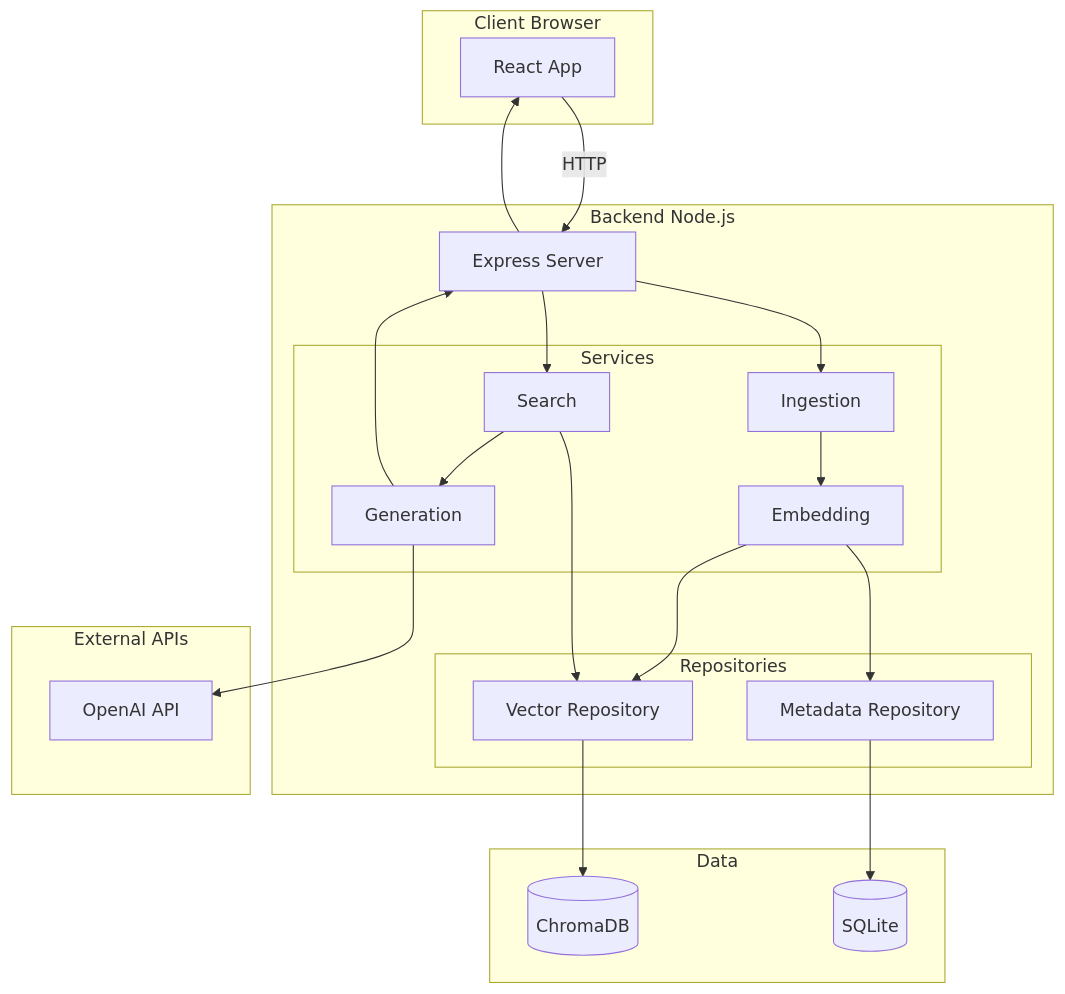
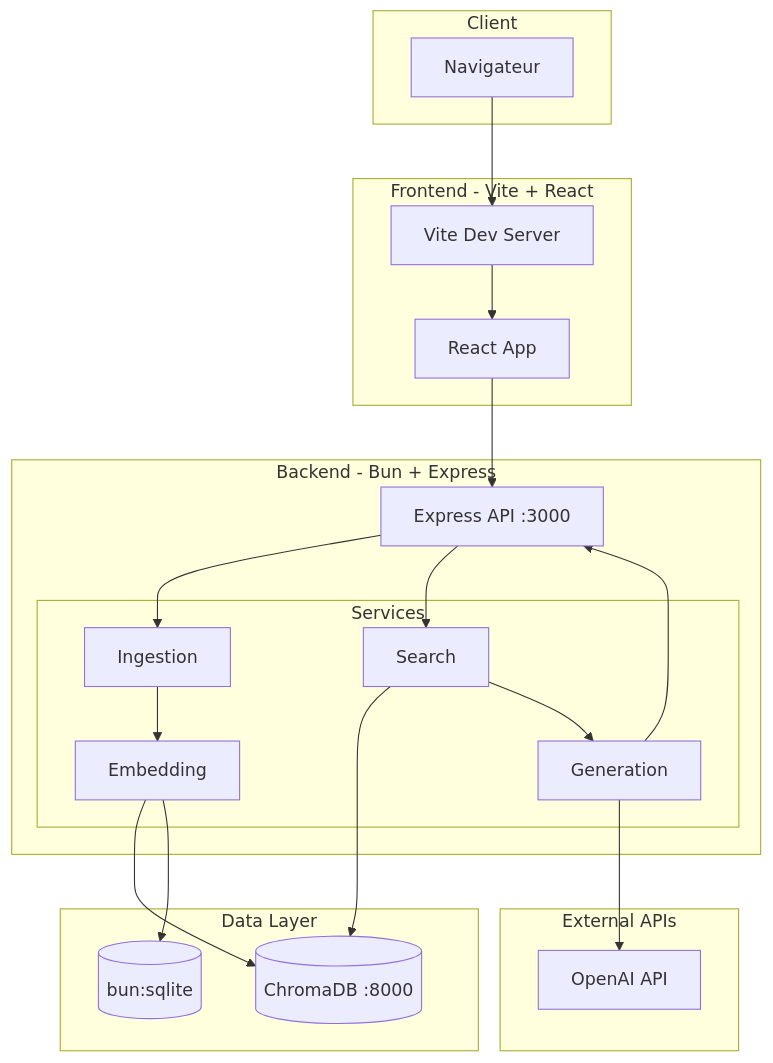
One commit to jlg-formation/gia-janv-2026 changed the first of 2 diagrams in docs/05-specifications-techniques.md. Above: the diagram before and after it, drawn with Mermaid. The commit also changed other lines of this file and 6 other files, not shown here.

First line of the commit message:
feat: Update CI/CD pipeline to use Bun as the runtime, replacing Node.js/npm

````diff
--- a/docs/05-specifications-techniques.md
+++ b/docs/05-specifications-techniques.md
@@ -19,34 +22,35 @@
 ```mermaid
 graph TB
-    subgraph "Client Browser"
+    subgraph "Client"
+        Browser[Navigateur]
+    end
+    subgraph "Frontend - Vite + React"
+        VITE[Vite Dev Server]
         REACT[React App]
     end
-    subgraph "Backend Node.js"
-        EXPRESS[Express Server]
+    subgraph "Backend - Bun + Express"
+        API[Express API :3000]
         subgraph "Services"
             INGEST[Ingestion]
             EMBED[Embedding]
             SEARCH[Search]
             GEN[Generation]
         end
-        subgraph "Repositories"
-            VECREPO[Vector Repository]
-            METAREPO[Metadata Repository]
-        end
     end
-    subgraph "Data"
-        CHROMA[(ChromaDB)]
-        SQLITE[(SQLite)]
+    subgraph "Data Layer"
+        SQLITE[(bun:sqlite)]
+        CHROMA[(ChromaDB :8000)]
     end
     subgraph "External APIs"
         OPENAI[OpenAI API]
     end
 
-    REACT -->|HTTP| EXPRESS
-    EXPRESS --> INGEST --> EMBED
-    EMBED --> VECREPO --> CHROMA
-    EMBED --> METAREPO --> SQLITE
-    EXPRESS --> SEARCH --> VECREPO
+    Browser --> VITE --> REACT
+    REACT --> API
+    API --> INGEST --> EMBED
+    EMBED --> CHROMA
+    EMBED --> SQLITE
+    API --> SEARCH --> CHROMA
     SEARCH --> GEN --> OPENAI
-    GEN --> EXPRESS --> REACT
+    GEN --> API
 ```
````
